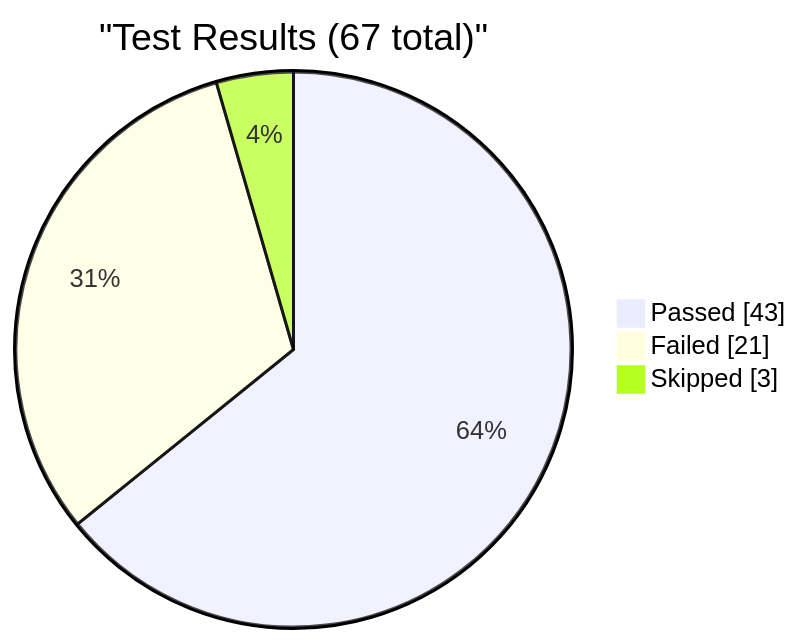
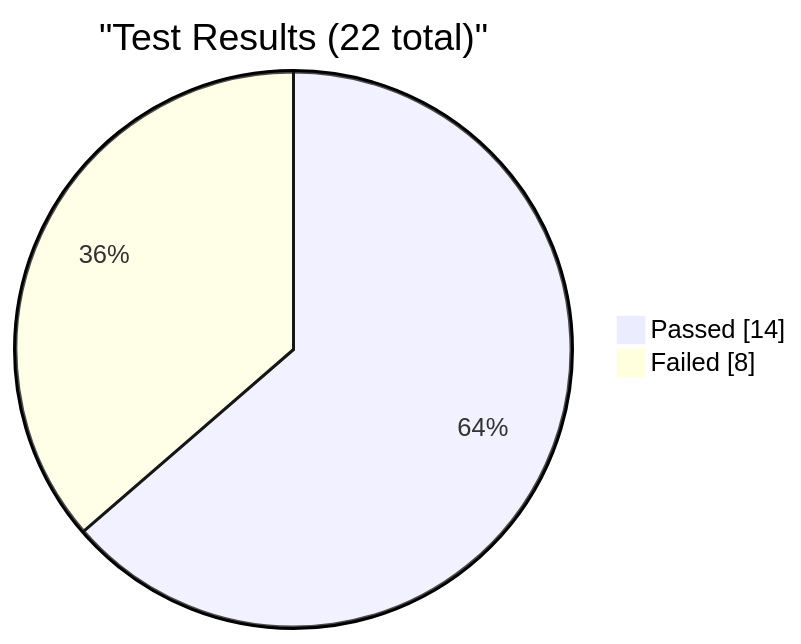
Before and after one commit to EliteaAI/onetest-ai-tm-Elitea: the first of 6 diagrams in reports/dashboard.md, drawn with Mermaid. The commit also changed other lines of this file and 1 other file, not shown here.

Commit message:
dashboard: update test metrics for RUN-ELITEA-2026-10-21-306-DEV-AGENT_HUB-FAILED

````diff
--- a/reports/dashboard.md
+++ b/reports/dashboard.md
@@ -9,7 +9,6 @@
 ```mermaid
 pie showData
-    title "Test Results (67 total)"
-    "Passed" : 43
-    "Failed" : 21
-    "Skipped" : 3
+    title "Test Results (22 total)"
+    "Passed" : 14
+    "Failed" : 8
 ```
````
